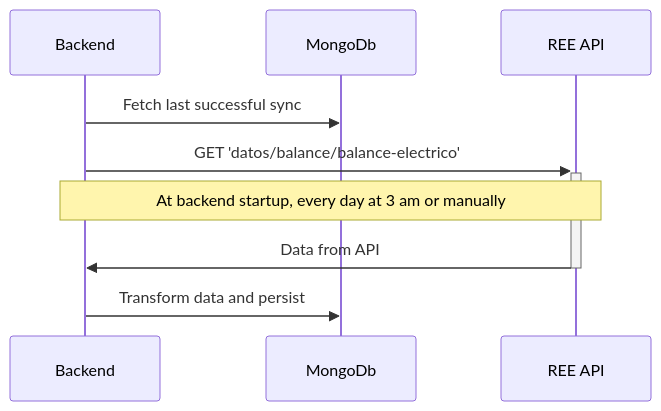
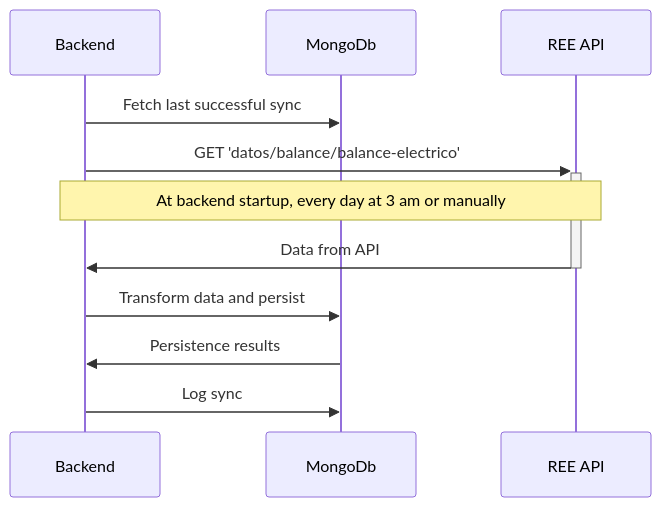
The first of 4 diagrams in README.md (alexarraiza/fullstack-tech-test), drawn with Mermaid before and after one commit. The commit also changed other lines of this file, not shown here.

Commit message:
Add diagrams for other data flows

````diff
--- a/README.md
+++ b/README.md
@@ -32,8 +31,10 @@
 ```mermaid
 sequenceDiagram
 Backend->>MongoDb: Fetch last successful sync
 Backend->>+REE API: GET 'datos/balance/balance-electrico'
 Note over Backend, REE API: At backend startup, every day at 3 am or manually
 REE API->>-Backend: Data from API
 Backend->>MongoDb: Transform data and persist
+MongoDb->>Backend: Persistence results
+Backend->>MongoDb: Log sync
 ```
````
